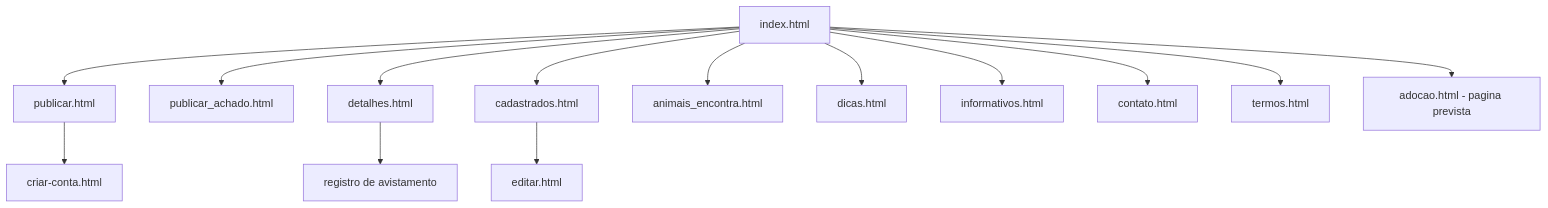
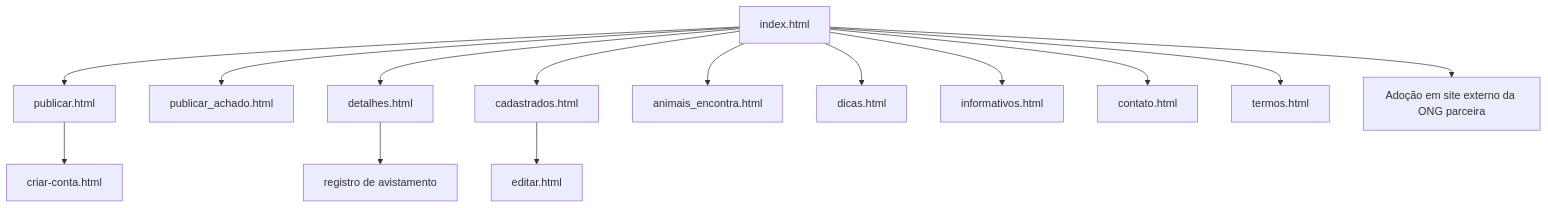
Diagram 15 of 16 in docs/modelagem-site.md (Reminsonrps/PetConecta), drawn with Mermaid before and after one commit. The commit also changed other lines of this file and 11 other files, not shown here.

````diff
--- a/docs/modelagem-site.md
+++ b/docs/modelagem-site.md
@@ -585,17 +585,17 @@
 ```mermaid
 flowchart TD
     HOME[index.html]
     HOME --> PUBLICAR[publicar.html]
     HOME --> PUBLICAR_ACHADO[publicar_achado.html]
     HOME --> DETALHES[detalhes.html]
     HOME --> CADASTRADOS[cadastrados.html]
     HOME --> ENCONTRADOS[animais_encontra.html]
     HOME --> DICAS[dicas.html]
     HOME --> INFORMATIVOS[informativos.html]
     HOME --> CONTATO[contato.html]
     HOME --> TERMOS[termos.html]
     PUBLICAR --> LOGIN[criar-conta.html]
     CADASTRADOS --> EDITAR[editar.html]
     DETALHES --> AVISTAMENTO[registro de avistamento]
-    HOME --> ADOCAO[adocao.html - pagina prevista]
+    HOME --> ADOCAO[Adoção em site externo da ONG parceira]
 ```
````
